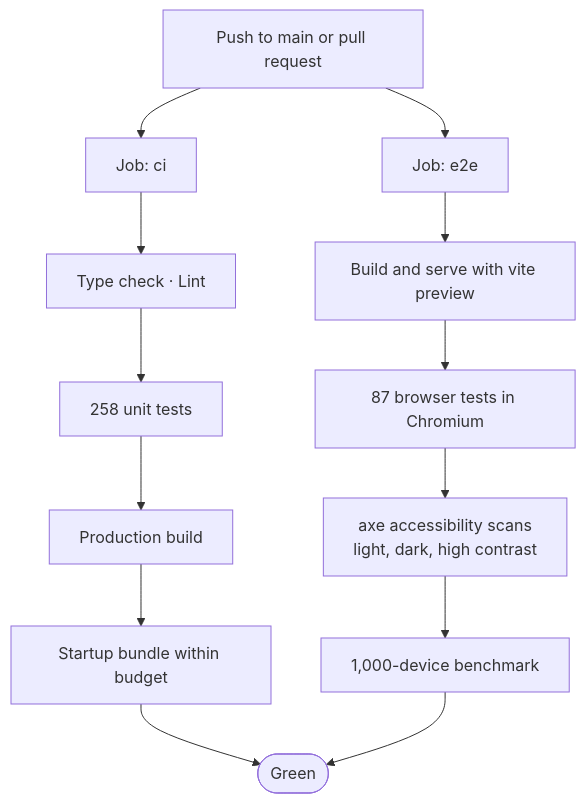
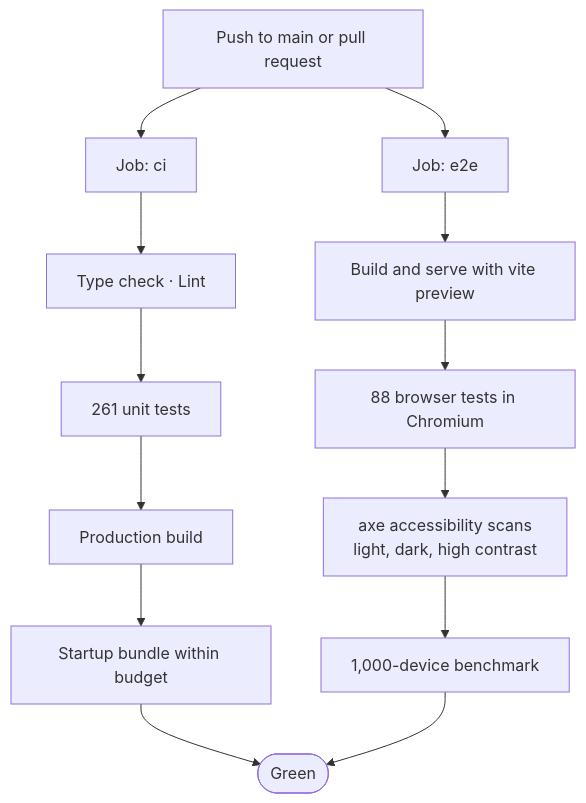
One commit to vijaykumargowdakk/ReSecArc changed diagram 29 of 32 in README.md. Above: the diagram before and after it, drawn with Mermaid. The commit also changed other lines of this file and 10 other files, not shown here.

````diff
--- a/README.md
+++ b/README.md
@@ -1281,15 +1281,15 @@
 ```mermaid
 flowchart TB
     PUSH["Push to main or pull request"] --> J1["Job: ci"]
     PUSH --> J2["Job: e2e"]
     J1 --> A1["Type check · Lint"]
-    A1 --> A2["258 unit tests"]
+    A1 --> A2["261 unit tests"]
     A2 --> A3["Production build"]
     A3 --> A4["Startup bundle within budget"]
     J2 --> B1["Build and serve with vite preview"]
-    B1 --> B2["87 browser tests in Chromium"]
+    B1 --> B2["88 browser tests in Chromium"]
     B2 --> B3["axe accessibility scans<br/>light, dark, high contrast"]
     B3 --> B4["1,000-device benchmark"]
     A4 --> OK(["Green"])
     B4 --> OK
 ```
````
